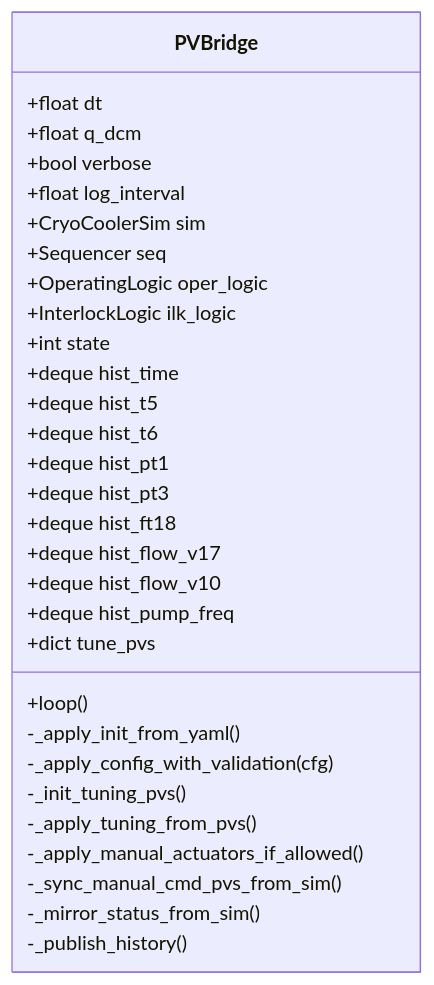
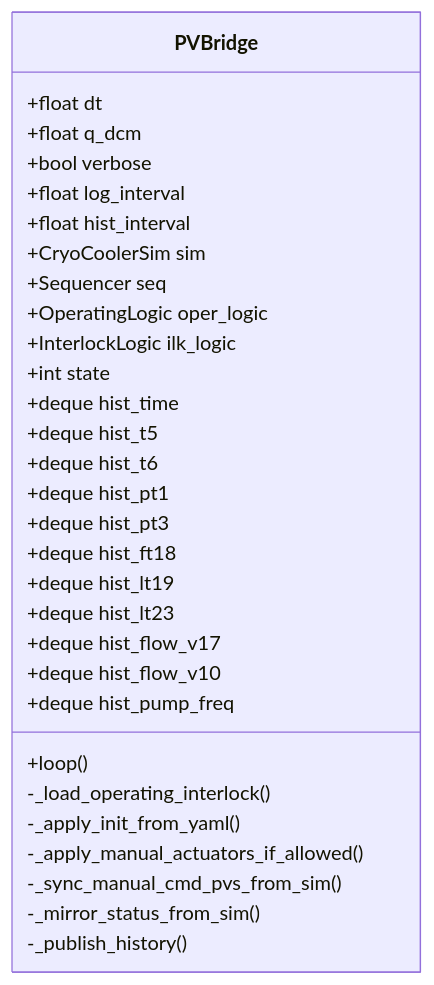
The diagram in docs/mermaid/pv_bridge_overview_class.mmd (verysys-pal/DCM_CCV2), drawn with Mermaid before and after one commit. The commit also changed 15 other files, not shown here.

```diff
--- a/docs/mermaid/pv_bridge_overview_class.mmd
+++ b/docs/mermaid/pv_bridge_overview_class.mmd
@@ -1,35 +1,35 @@
-%% PV Bridge — Class structure (separate file)
+%% PV Bridge — 클래스 구조 (별도 파일)
 
 classDiagram
     class PVBridge {
       +float dt
       +float q_dcm
       +bool verbose
       +float log_interval
+      +float hist_interval
       +CryoCoolerSim sim
       +Sequencer seq
       +OperatingLogic oper_logic
       +InterlockLogic ilk_logic
       +int state
       +deque hist_time
       +deque hist_t5
       +deque hist_t6
       +deque hist_pt1
       +deque hist_pt3
       +deque hist_ft18
+      +deque hist_lt19
+      +deque hist_lt23
       +deque hist_flow_v17
       +deque hist_flow_v10
       +deque hist_pump_freq
-      +dict tune_pvs
       +loop()
+      -_load_operating_interlock()
       -_apply_init_from_yaml()
-      -_apply_config_with_validation(cfg)
-      -_init_tuning_pvs()
-      -_apply_tuning_from_pvs()
       -_apply_manual_actuators_if_allowed()
       -_sync_manual_cmd_pvs_from_sim()
       -_mirror_status_from_sim()
       -_publish_history()
     }
 
-%% See also: data_flow.mmd
+%% data_flow.mmd 참고
```
